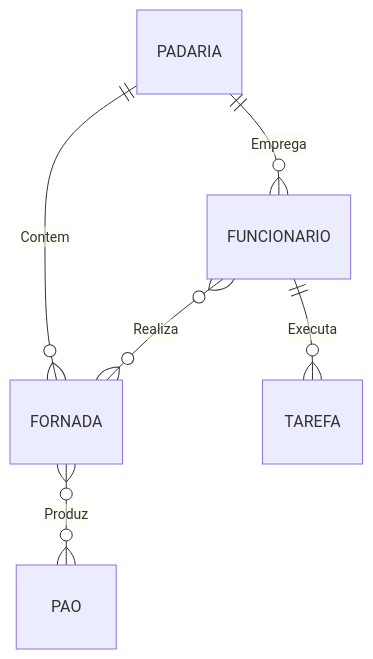
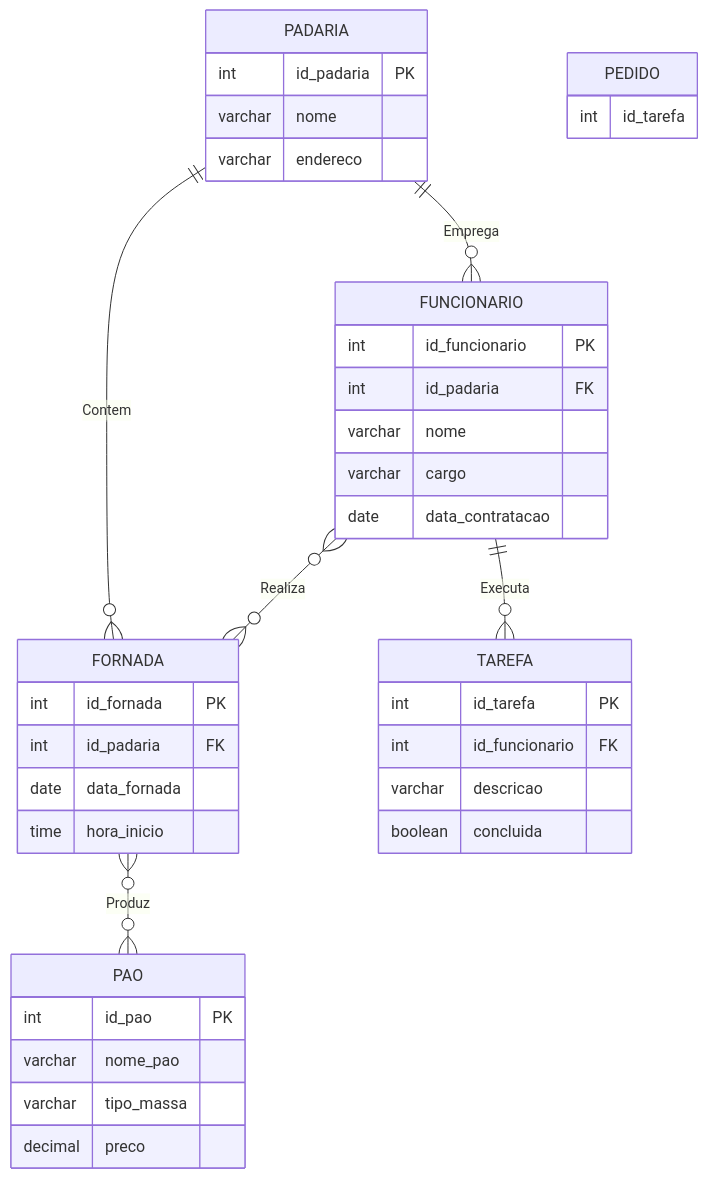
One commit to IsabellyBernardes/DesenvolvimentoSoftwareCorp changed the diagram in README.md. Above: the diagram before and after it, drawn with Mermaid.

````diff
--- a/README.md
+++ b/README.md
@@ -5,11 +4,62 @@
 ```mermaid
 erDiagram
+    %% Definição das Entidades (Tabelas) com Atributos
+    
+    PADARIA {
+        int id_padaria PK
+        varchar nome
+        varchar endereco
+    }
+    
+    FUNCIONARIO {
+        int id_funcionario PK
+        int id_padaria FK
+        varchar nome
+        varchar cargo
+        date data_contratacao
+    }
+    
+    FORNADA {
+        int id_fornada PK
+        int id_padaria FK
+        date data_fornada
+        time hora_inicio
+    }
+    
+    PAO {
+        int id_pao PK
+        varchar nome_pao
+        varchar tipo_massa
+        decimal preco
+    }
+    
+    TAREFA {
+        int id_tarefa PK
+        int id_funcionario FK
+        varchar descricao
+        boolean concluida
+    }
+
+    PEDIDO {
+        int id_tarefa
+    }
+    
+
+    %% Definição dos Relacionamentos
+    
     PADARIA ||--o{ FUNCIONARIO : Emprega
     PADARIA ||--o{ FORNADA : Contem
 
     FUNCIONARIO ||--o{ TAREFA : Executa
 
+    %% N:N (FORNADA x PÃO) - Uma tabela associativa seria a implementação real
     FORNADA }o--o{ PAO : Produz
+
+    %% N:N (FUNCIONARIO x FORNADA) - Uma tabela associativa seria a implementação real
     FUNCIONARIO }o--o{ FORNADA : Realiza
-
+    
+    %% Onde:
+    %% PK = Primary Key (Chave Primária)
+    %% FK = Foreign Key (Chave Estrangeira)
+    %% O uso de FK nos atributos conecta logicamente as tabelas.
 ```
````
